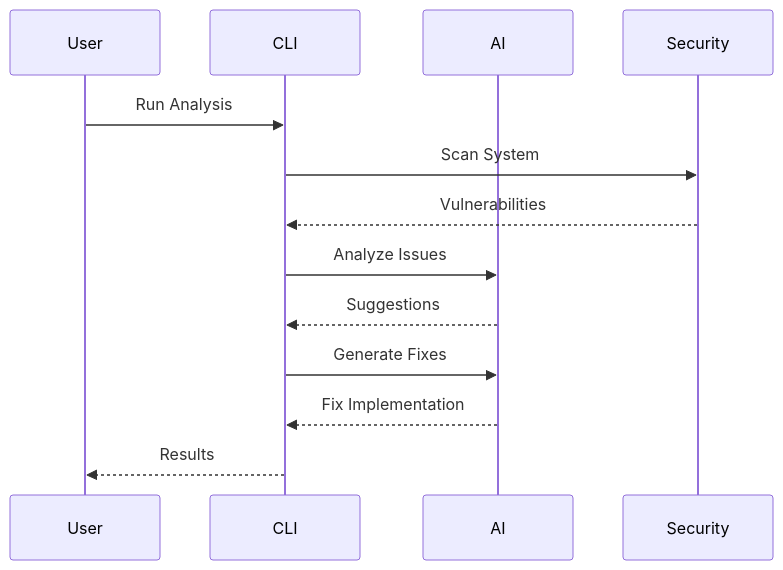
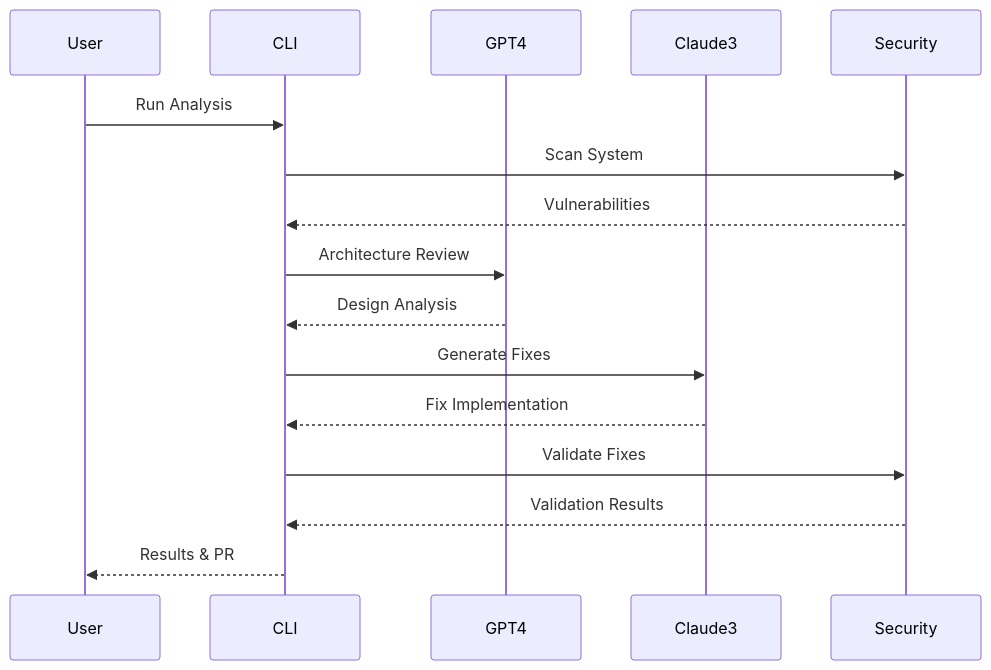
Before and after one commit to syndicate604/agentic-security: the third of 3 diagrams in docs/user-guide/README.md, drawn with Mermaid. The commit also changed 1 other file, not shown here.

Commit message:
feat: Add new documentation files and update existing content

````diff
--- a/docs/user-guide/README.md
+++ b/docs/user-guide/README.md
@@ -152,16 +152,19 @@
 ```mermaid
 sequenceDiagram
     participant User
     participant CLI
-    participant AI
+    participant GPT4
+    participant Claude3
     participant Security
     
     User->>CLI: Run Analysis
     CLI->>Security: Scan System
     Security-->>CLI: Vulnerabilities
-    CLI->>AI: Analyze Issues
-    AI-->>CLI: Suggestions
-    CLI->>AI: Generate Fixes
-    AI-->>CLI: Fix Implementation
-    CLI-->>User: Results
+    CLI->>GPT4: Architecture Review
+    GPT4-->>CLI: Design Analysis
+    CLI->>Claude3: Generate Fixes
+    Claude3-->>CLI: Fix Implementation
+    CLI->>Security: Validate Fixes
+    Security-->>CLI: Validation Results
+    CLI-->>User: Results & PR
 ```
````
